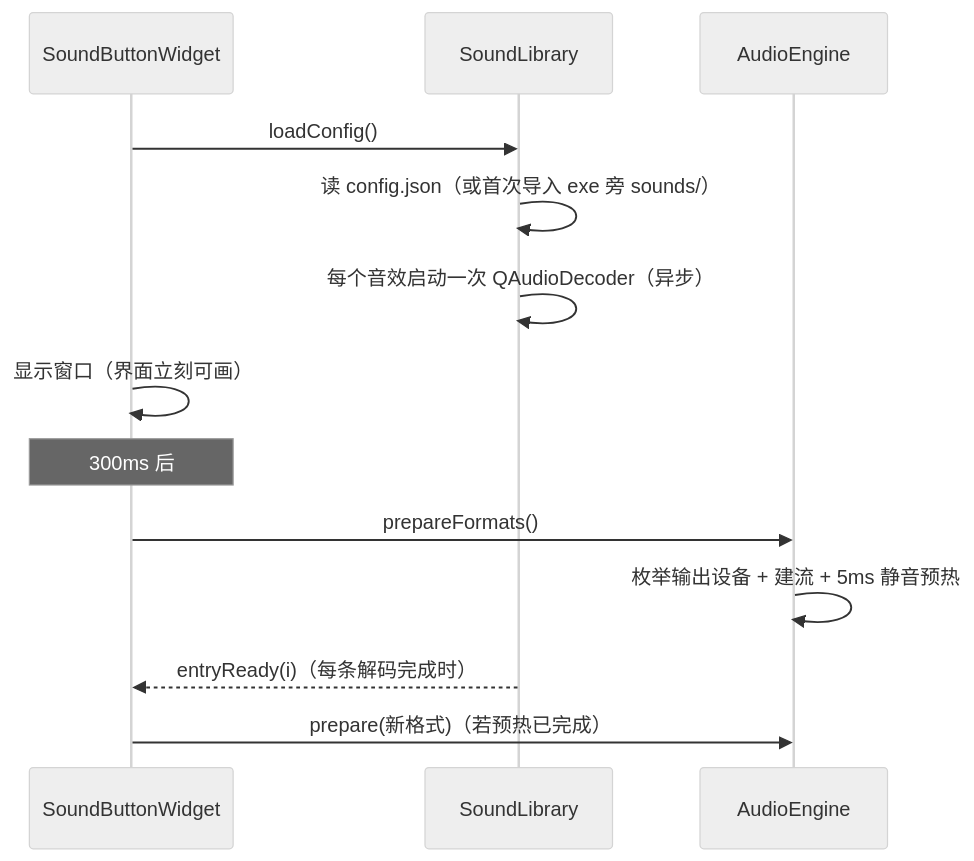
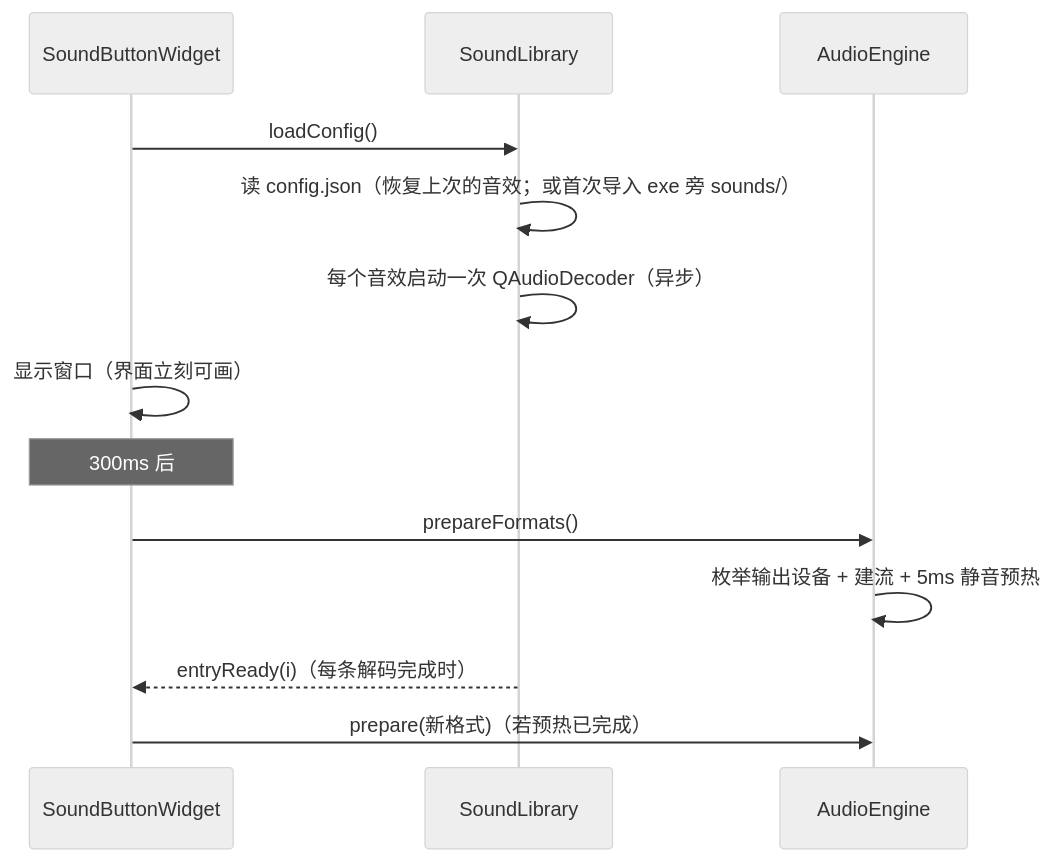
One commit to Huy4z/sound-button changed the second of 3 diagrams in ARCHITECTURE.md. Above: the diagram before and after it, drawn with Mermaid (neutral theme). The commit also changed other lines of this file and 9 other files, not shown here.

````diff
--- a/ARCHITECTURE.md
+++ b/ARCHITECTURE.md
@@ -89,15 +89,15 @@
 ```mermaid
 sequenceDiagram
     participant W as SoundButtonWidget
     participant L as SoundLibrary
     participant A as AudioEngine
     W->>L: loadConfig()
-    L->>L: 读 config.json（或首次导入 exe 旁 sounds/）
+    L->>L: 读 config.json（恢复上次的音效；或首次导入 exe 旁 sounds/）
     L->>L: 每个音效启动一次 QAudioDecoder（异步）
     W->>W: 显示窗口（界面立刻可画）
     Note over W: 300ms 后
     W->>A: prepareFormats()
     A->>A: 枚举输出设备 + 建流 + 5ms 静音预热
     L-->>W: entryReady(i)（每条解码完成时）
     W->>A: prepare(新格式)（若预热已完成）
 ```
````
